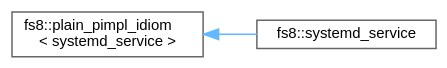
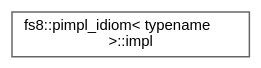
The diagram in api/inherit_graph_90.dot (the-moisrex/foresight), drawn with Graphviz before and after one commit. The commit also changed 254 other files, not shown here.

```diff
--- a/api/inherit_graph_90.dot
+++ b/api/inherit_graph_90.dot
@@ -1,11 +1,9 @@
 digraph "Graphical Class Hierarchy"
 {
  // LATEX_PDF_SIZE
   bgcolor="transparent";
   edge [fontname=Helvetica,fontsize=10,labelfontname=Helvetica,labelfontsize=10];
   node [fontname=Helvetica,fontsize=10,shape=box,height=0.2,width=0.4];
   rankdir="LR";
-  Node0 [id="Node000000",label="fs8::plain_pimpl_idiom\l\< systemd_service \>",height=0.2,width=0.4,color="grey40", fillcolor="white", style="filled",URL="$structfs8_1_1plain__pimpl__idiom.html",tooltip=" "];
-  Node0 -> Node1 [id="edge104_Node000000_Node000001",dir="back",color="steelblue1",style="solid",tooltip=" "];
-  Node1 [id="Node000001",label="fs8::systemd_service",height=0.2,width=0.4,color="grey40", fillcolor="white", style="filled",URL="$structfs8_1_1systemd__service.html",tooltip=" "];
+  Node0 [id="Node000000",label="fs8::pimpl_idiom\< typename\l \>::impl",height=0.2,width=0.4,color="grey40", fillcolor="white", style="filled",URL="$structfs8_1_1pimpl__idiom_1_1impl.html",tooltip=" "];
 }
```
